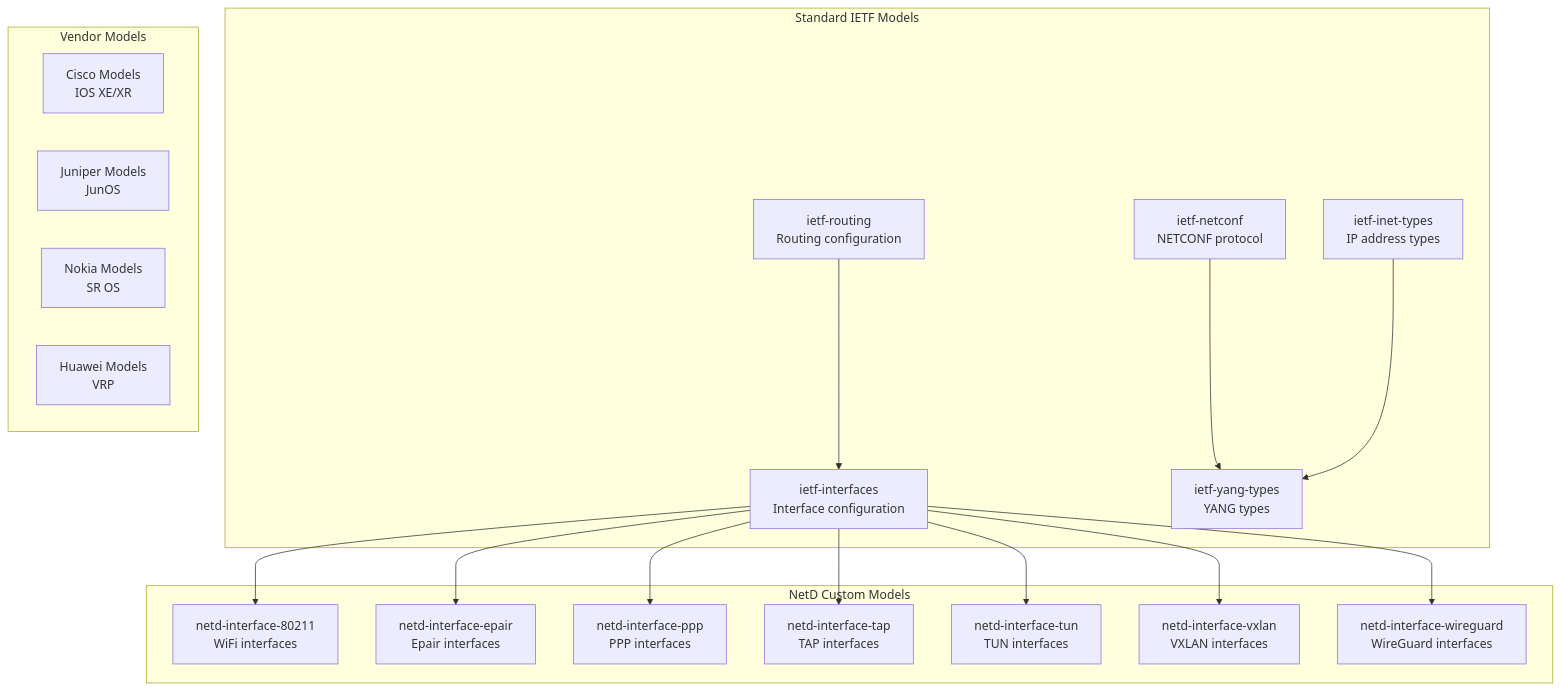
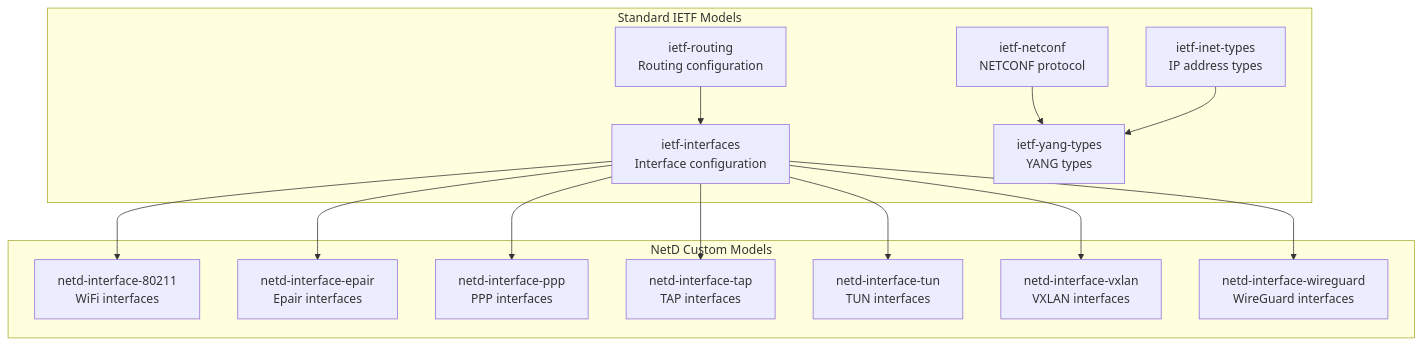
Before and after one commit to Ravenhammer-Research/netd: the fourth of 4 diagrams in README.md, drawn with Mermaid. The commit also changed 2 other files, not shown here.

Commit message:
update readme, delete on doc/ file add .gitkeep

````diff
--- a/README.md
+++ b/README.md
@@ -419,39 +419,32 @@
 ```mermaid
 graph TB
     subgraph "Standard IETF Models"
         IETFInterfaces[ietf-interfaces<br/>Interface configuration]
         IETFRouting[ietf-routing<br/>Routing configuration]
         IETFNetconf[ietf-netconf<br/>NETCONF protocol]
         IETFInet[ietf-inet-types<br/>IP address types]
         IETFYang[ietf-yang-types<br/>YANG types]
     end
     
     subgraph "NetD Custom Models"
         NetdInterface[netd-interface-80211<br/>WiFi interfaces]
         NetdEpair[netd-interface-epair<br/>Epair interfaces]
         NetdPpp[netd-interface-ppp<br/>PPP interfaces]
         NetdTap[netd-interface-tap<br/>TAP interfaces]
         NetdTun[netd-interface-tun<br/>TUN interfaces]
         NetdVxlan[netd-interface-vxlan<br/>VXLAN interfaces]
         NetdWireguard[netd-interface-wireguard<br/>WireGuard interfaces]
     end
     
-    subgraph "Vendor Models"
-        Cisco[Cisco Models<br/>IOS XE/XR]
-        Juniper[Juniper Models<br/>JunOS]
-        Nokia[Nokia Models<br/>SR OS]
-        Huawei[Huawei Models<br/>VRP]
-    end
-    
     IETFInterfaces --> NetdInterface
     IETFInterfaces --> NetdEpair
     IETFInterfaces --> NetdPpp
     IETFInterfaces --> NetdTap
     IETFInterfaces --> NetdTun
     IETFInterfaces --> NetdVxlan
     IETFInterfaces --> NetdWireguard
     
     IETFRouting --> IETFInterfaces
     IETFNetconf --> IETFYang
     IETFInet --> IETFYang
 ```
````
